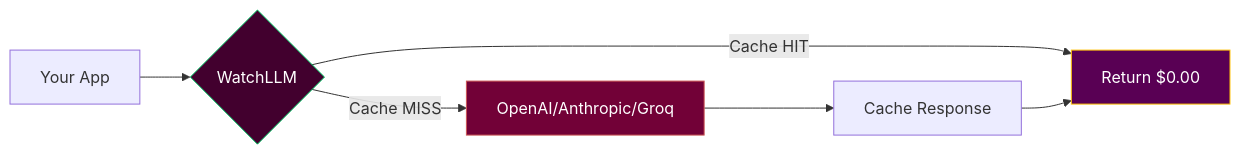
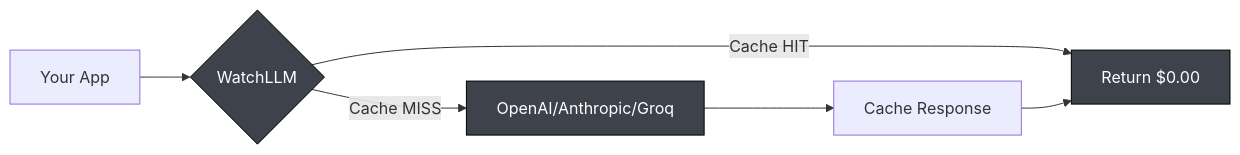
One commit to kaadipranav/kaadipranav changed the first of 2 diagrams in README.md. Above: the diagram before and after it, drawn with Mermaid.

Commit message:
Change node styles in README diagram
Updated styles for nodes B, C, and D in the diagram.

````diff
--- a/README.md
+++ b/README.md
@@ -26,11 +26,11 @@
 ```mermaid
 graph LR
     A[Your App] --> B{WatchLLM}
     B -->|Cache HIT| C[Return $0.00]
     B -->|Cache MISS| D[OpenAI/Anthropic/Groq]
     D --> E[Cache Response]
     E --> C
-    style B fill:#42002e,stroke:#00cc66,color:#FFF
-    style C fill:#590054,stroke:#ffc107,color:#FFF
-    style D fill:#720137,stroke:#cc5555,color:#FFF
+    style B fill:#3E424B,stroke:#000,color:#FFF
+    style C fill:#3E424B,stroke:#000,color:#FFF
+    style D fill:#3E424B,stroke:#000,color:#FFF
 ```
````
